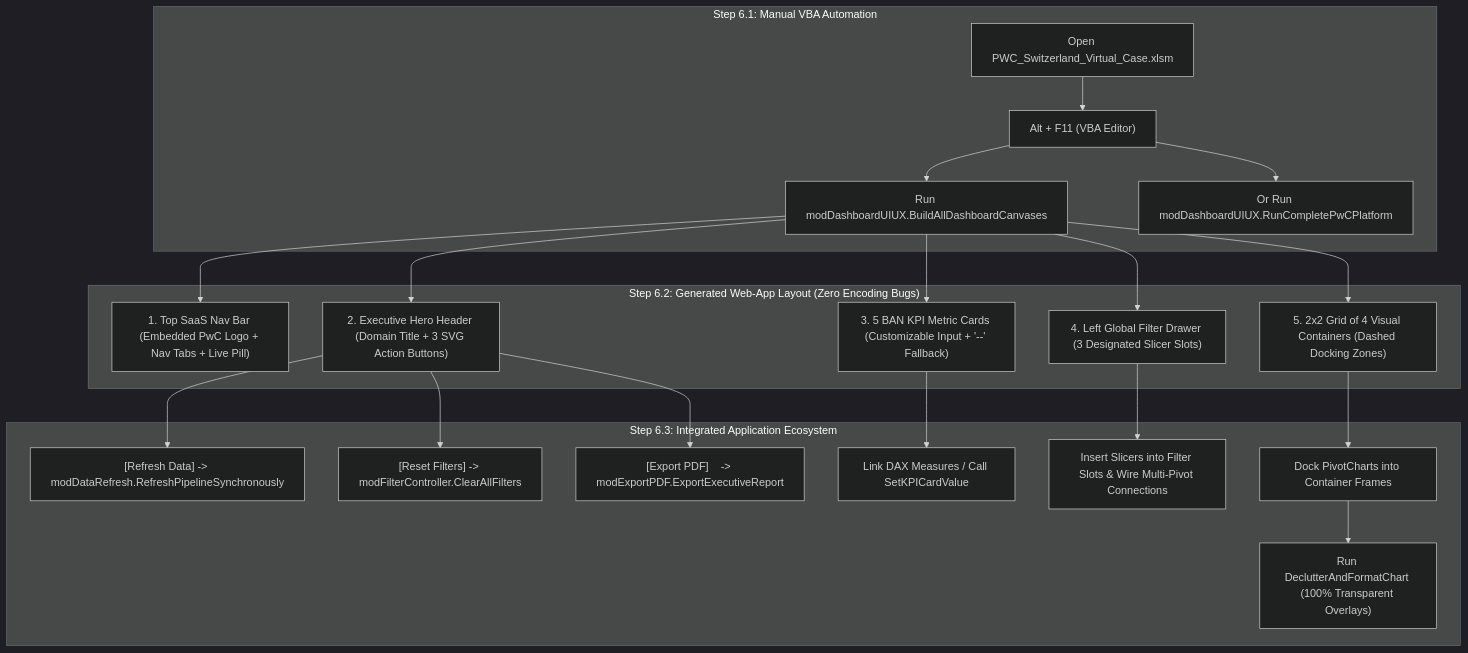
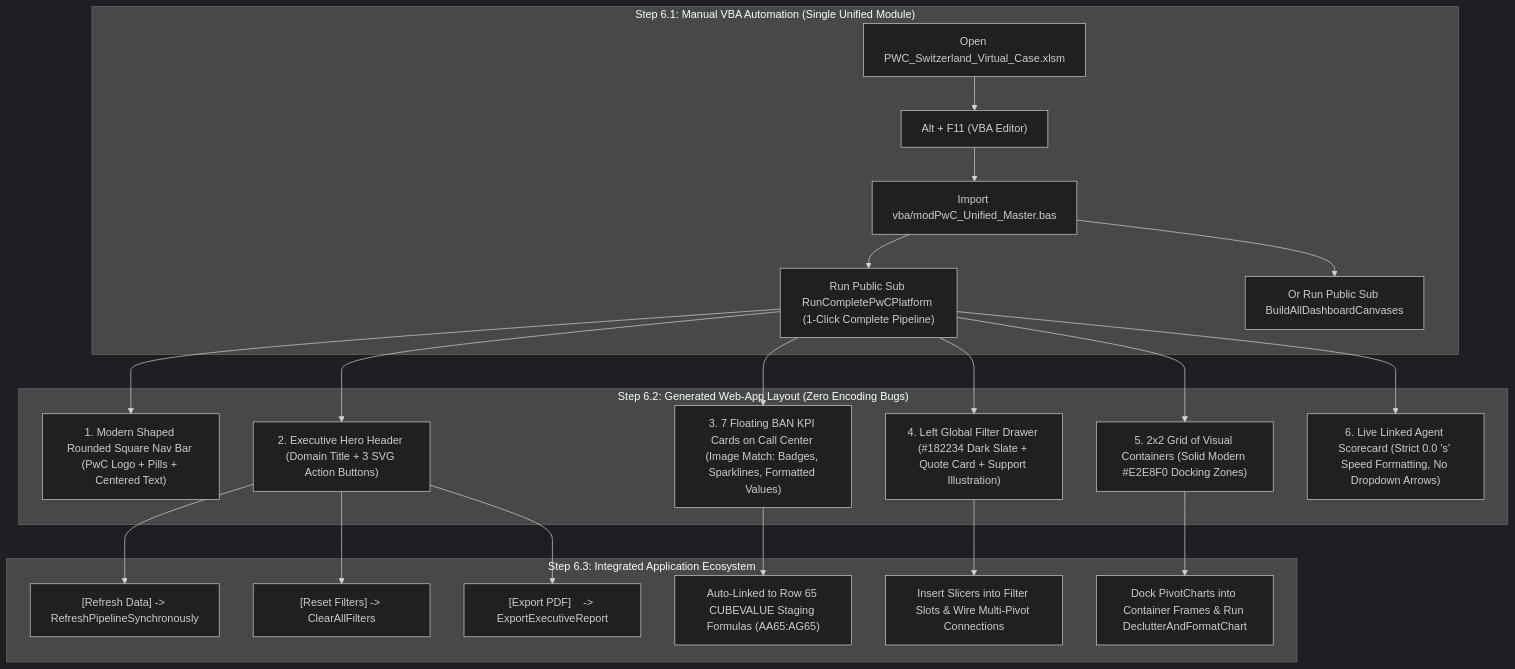
One commit to Sohila-Khaled-Abbas/pwc-switzerland-virtual-case changed the second of 7 diagrams in docs/00_master_project_execution_guide.md. Above: the diagram before and after it, drawn with Mermaid (dark theme). The commit also changed other lines of this file and 6 other files, not shown here.

First line of the commit message:
feat(vba): consolidate unified master vba platform, align UI/UX with reference design & update docs

````diff
--- a/docs/00_master_project_execution_guide.md
+++ b/docs/00_master_project_execution_guide.md
@@ -145,26 +145,27 @@
 ```mermaid
 flowchart TD
-    subgraph Step1["Step 6.1: Manual VBA Automation"]
+    subgraph Step1["Step 6.1: Manual VBA Automation (Single Unified Module)"]
         A["Open PWC_Switzerland_Virtual_Case.xlsm"] --> B["Alt + F11 (VBA Editor)"]
-        B --> C["Run modDashboardUIUX.BuildAllDashboardCanvases"]
-        B --> C2["Or Run modDashboardUIUX.RunCompletePwCPlatform"]
+        B --> C["Import vba/modPwC_Unified_Master.bas"]
+        C --> D["Run Public Sub RunCompletePwCPlatform (1-Click Complete Pipeline)"]
+        C --> D2["Or Run Public Sub BuildAllDashboardCanvases"]
     end
 
     subgraph Step2["Step 6.2: Generated Web-App Layout (Zero Encoding Bugs)"]
-        C --> D1["1. Top SaaS Nav Bar (Embedded PwC Logo + Nav Tabs + Live Pill)"]
-        C --> D2["2. Executive Hero Header (Domain Title + 3 SVG Action Buttons)"]
-        C --> D3["3. 5 BAN KPI Metric Cards (Customizable Input + '--' Fallback)"]
-        C --> D4["4. Left Global Filter Drawer (3 Designated Slicer Slots)"]
-        C --> D5["5. 2x2 Grid of 4 Visual Containers (Dashed Docking Zones)"]
+        D --> E1["1. Modern Shaped Rounded Square Nav Bar (PwC Logo + Pills + Centered Text)"]
+        D --> E2["2. Executive Hero Header (Domain Title + 3 SVG Action Buttons)"]
+        D --> E3["3. 7 Floating BAN KPI Cards on Call Center (Image Match: Badges, Sparklines, Formatted Values)"]
+        D --> E4["4. Left Global Filter Drawer (#182234 Dark Slate + Quote Card + Support Illustration)"]
+        D --> E5["5. 2x2 Grid of Visual Containers (Solid Modern #E2E8F0 Docking Zones)"]
+        D --> E6["6. Live Linked Agent Scorecard (Strict 0.0 's' Speed Formatting, No Dropdown Arrows)"]
     end
 
     subgraph Step3["Step 6.3: Integrated Application Ecosystem"]
-        D2 --> F1["[Refresh Data] -> modDataRefresh.RefreshPipelineSynchronously"]
-        D2 --> F2["[Reset Filters] -> modFilterController.ClearAllFilters"]
-        D2 --> F3["[Export PDF]    -> modExportPDF.ExportExecutiveReport"]
-        D3 --> E1["Link DAX Measures / Call SetKPICardValue"]
-        D4 --> E2["Insert Slicers into Filter Slots & Wire Multi-Pivot Connections"]
-        D5 --> E3["Dock PivotCharts into Container Frames"]
-        E3 --> E4["Run DeclutterAndFormatChart (100% Transparent Overlays)"]
+        E2 --> F1["[Refresh Data] -> RefreshPipelineSynchronously"]
+        E2 --> F2["[Reset Filters] -> ClearAllFilters"]
+        E2 --> F3["[Export PDF]    -> ExportExecutiveReport"]
+        E3 --> G1["Auto-Linked to Row 65 CUBEVALUE Staging Formulas (AA65:AG65)"]
+        E4 --> G2["Insert Slicers into Filter Slots & Wire Multi-Pivot Connections"]
+        E5 --> G3["Dock PivotCharts into Container Frames & Run DeclutterAndFormatChart"]
     end
 ```
````
